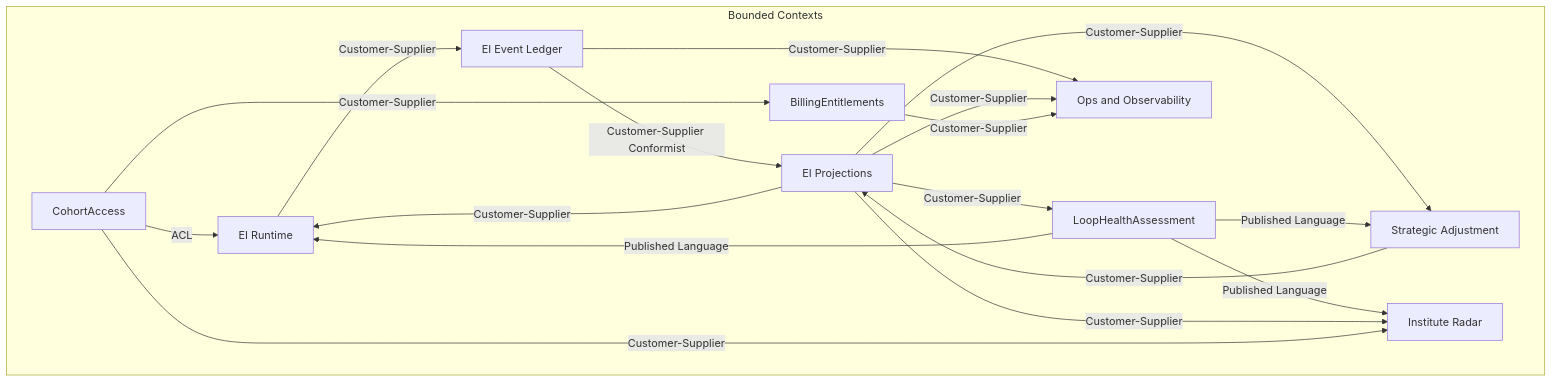
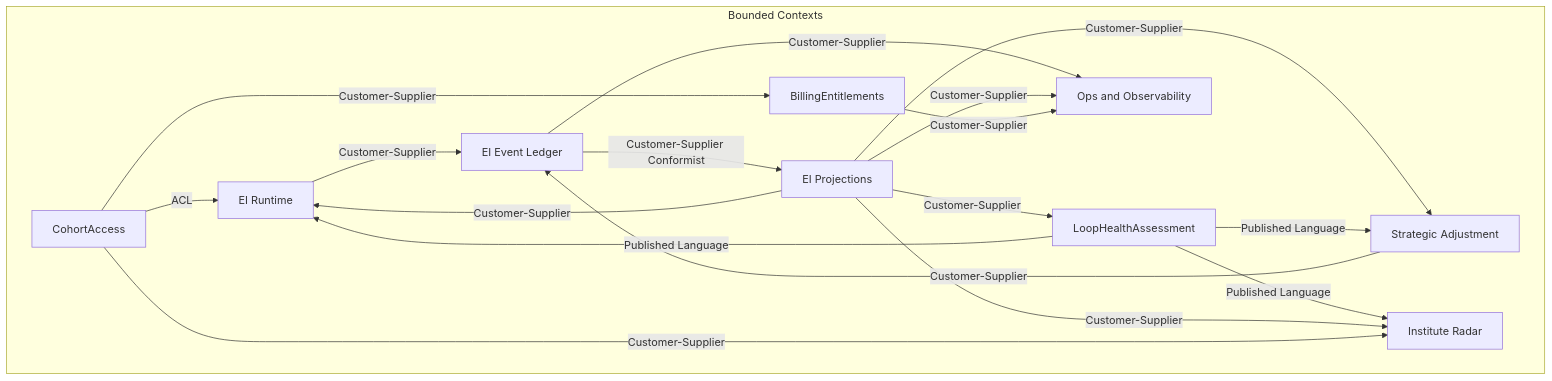
The diagram in docs/strategic-design/03-context-map.md (Mukul1312/ELI), drawn with Mermaid before and after one commit. The commit also changed other lines of this file and 13 other files, not shown here.

````diff
--- a/docs/strategic-design/03-context-map.md
+++ b/docs/strategic-design/03-context-map.md
@@ -35,31 +35,31 @@
 ```mermaid
 flowchart TB
     subgraph contexts [Bounded Contexts]
         CohortAccess[CohortAccess]
         Ledger[EI Event Ledger]
         Projections[EI Projections]
         LoopHealth[LoopHealthAssessment]
         Runtime[EI Runtime]
         SA[Strategic Adjustment]
         Radar[Institute Radar]
         Ops[Ops and Observability]
         Billing[BillingEntitlements]
     end
 
     CohortAccess -->|ACL| Runtime
     CohortAccess -->|Customer-Supplier| Billing
     Runtime -->|Customer-Supplier| Ledger
     Ledger -->|Customer-Supplier Conformist| Projections
     Projections -->|Customer-Supplier| LoopHealth
     LoopHealth -->|Published Language| Runtime
     Projections -->|Customer-Supplier| Runtime
-    SA -->|Customer-Supplier| Projections
+    SA -->|Customer-Supplier| Ledger
     Projections -->|Customer-Supplier| SA
     LoopHealth -->|Published Language| SA
     LoopHealth -->|Published Language| Radar
     Projections -->|Customer-Supplier| Radar
     CohortAccess -->|Customer-Supplier| Radar
     Ledger -->|Customer-Supplier| Ops
     Projections -->|Customer-Supplier| Ops
     Billing -->|Customer-Supplier| Ops
 ```
````
